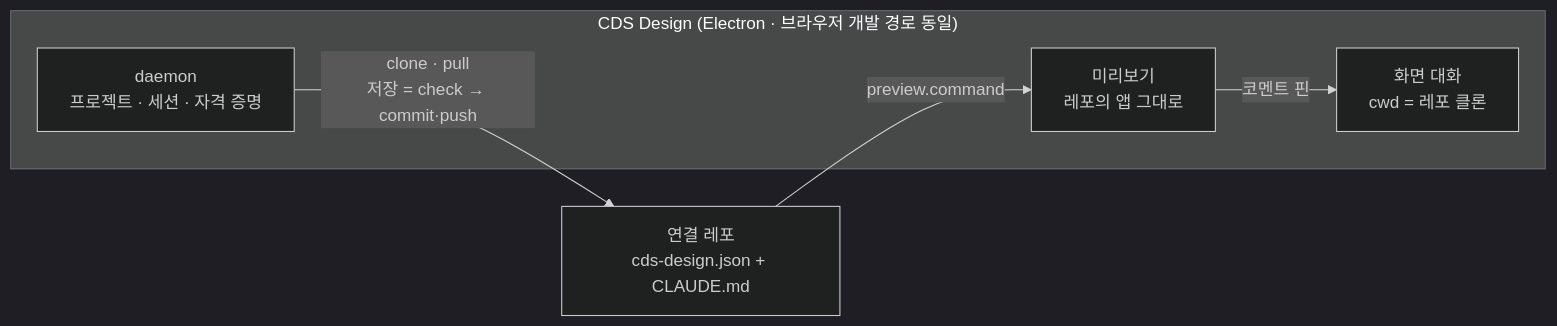
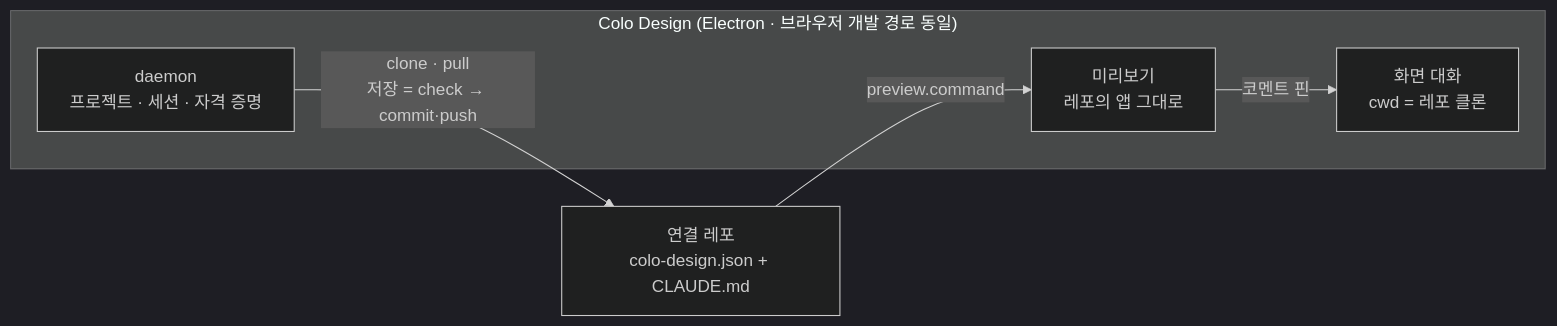
One commit to inkwonjung-colosseum/cds-design changed the diagram in README.md. Above: the diagram before and after it, drawn with Mermaid (dark theme). The commit also changed other lines of this file and 140 other files, not shown here.

First line of the commit message:
v0.3.0 — 도구 이름을 Colo Design 으로 옮겨 마치고, 정적 검사 문을 세운다

````diff
--- a/README.md
+++ b/README.md
@@ -126,12 +128,12 @@
 ```mermaid
 flowchart LR
-    subgraph app["CDS Design (Electron · 브라우저 개발 경로 동일)"]
+    subgraph app["Colo Design (Electron · 브라우저 개발 경로 동일)"]
         design["화면 대화<br/>cwd = 레포 클론"]
         preview["미리보기<br/>레포의 앱 그대로"]
         daemon["daemon<br/>프로젝트 · 세션 · 자격 증명"]
     end
-    repo["연결 레포<br/>cds-design.json + CLAUDE.md"]
+    repo["연결 레포<br/>colo-design.json + CLAUDE.md"]
     daemon -->|"clone · pull<br/>저장 = check → commit·push"| repo
     repo -->|"preview.command"| preview
     preview -->|"코멘트 핀"| design
 ```
````
